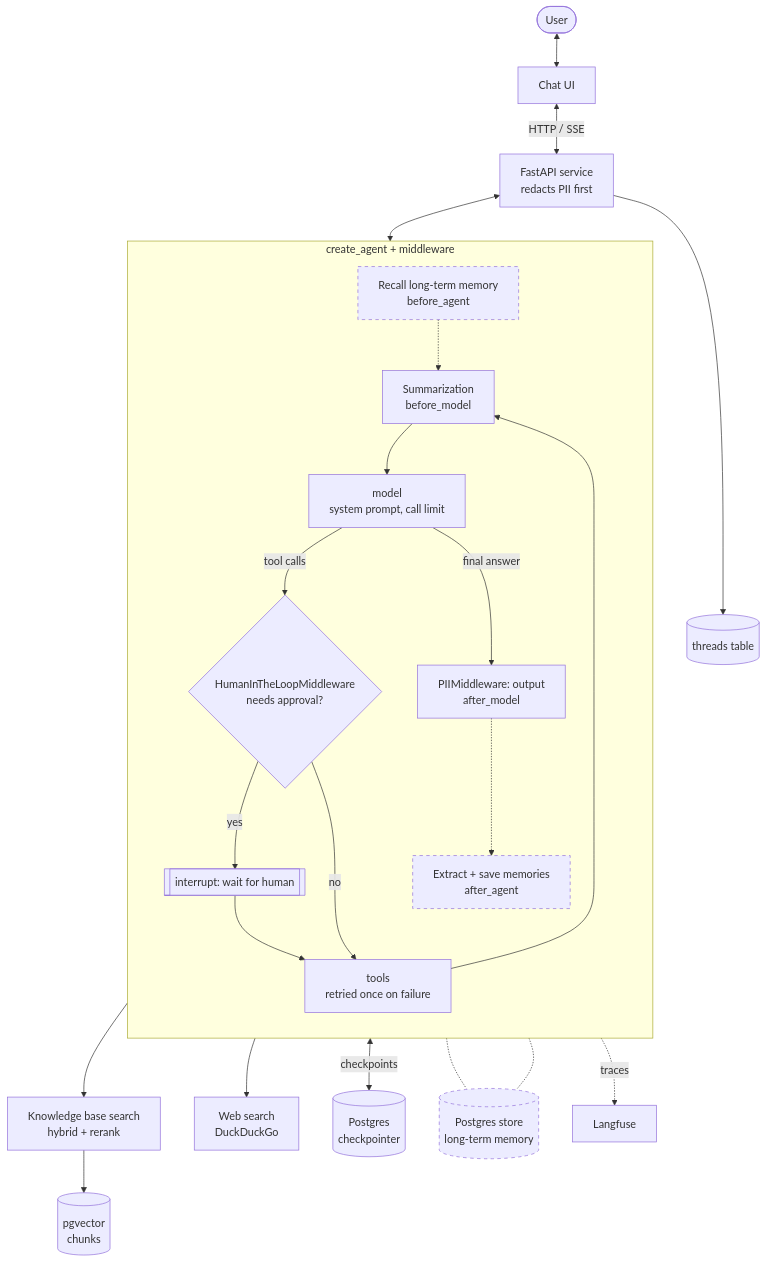
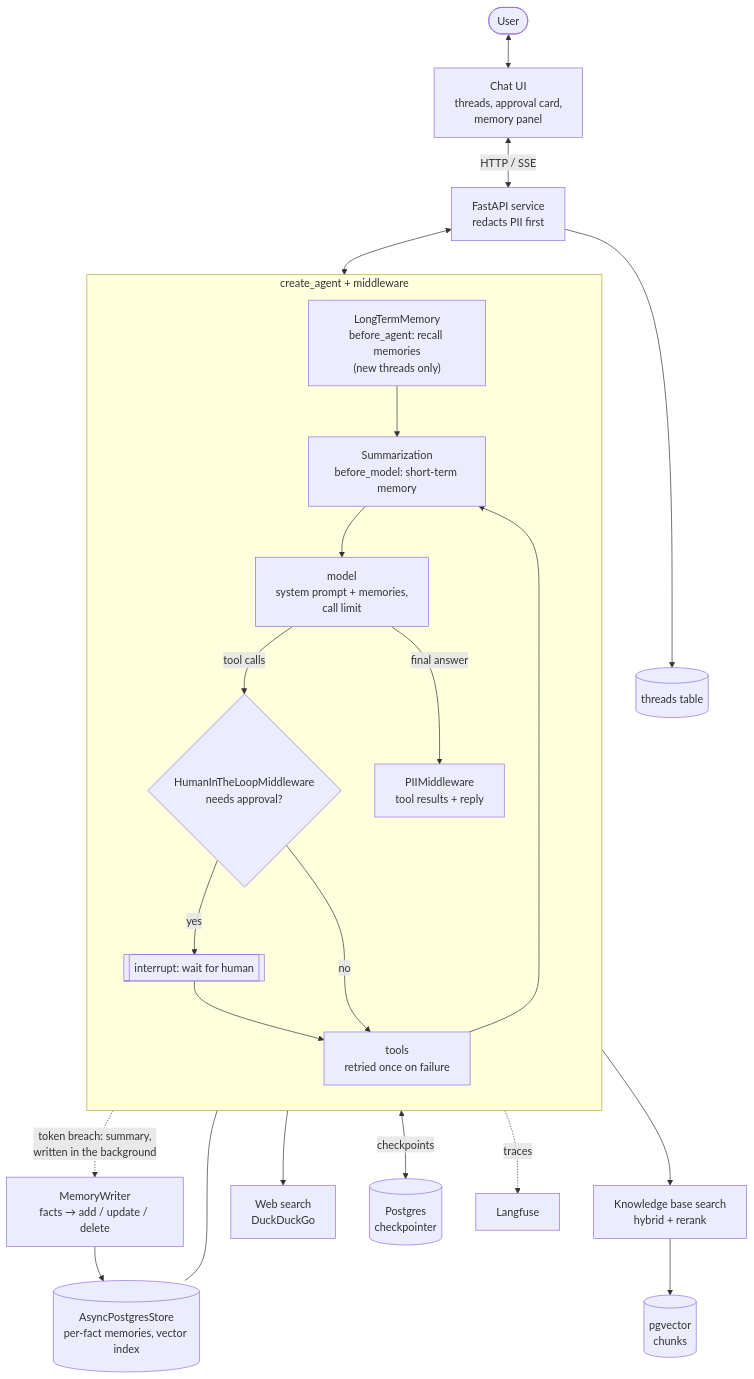
One commit to Anirudh1905/agentic-ai-chatbot changed the second of 2 diagrams in docs/README.md. Above: the diagram before and after it, drawn with Mermaid. The commit also changed other lines of this file and 24 other files, not shown here.

````diff
--- a/docs/README.md
+++ b/docs/README.md
@@ -44,32 +44,29 @@
 ```mermaid
 flowchart TB
-    User([User]) <--> UI[Chat UI]
+    User([User]) <--> UI[Chat UI<br/>threads, approval card,<br/>memory panel]
     UI <-->|HTTP / SSE| API[FastAPI service<br/>redacts PII first]
 
     subgraph Agent["create_agent + middleware"]
         direction TB
-        LoadMem[Recall long-term memory<br/>before_agent] -.-> Sum[Summarization<br/>before_model]
-        Sum --> LLM[model<br/>system prompt, call limit]
+        LoadMem["LongTermMemory<br/>before_agent: recall memories<br/>(new threads only)"] --> Sum["Summarization<br/>before_model: short-term memory"]
+        Sum --> LLM["model<br/>system prompt + memories,<br/>call limit"]
         LLM -->|tool calls| HITL{HumanInTheLoopMiddleware<br/>needs approval?}
         HITL -->|yes| Interrupt[[interrupt: wait for human]]
         Interrupt --> Tools
         HITL -->|no| Tools[tools<br/>retried once on failure]
         Tools --> Sum
-        LLM -->|final answer| PIIout[PIIMiddleware: output<br/>after_model]
-        PIIout -.-> SaveMem[Extract + save memories<br/>after_agent]
+        LLM -->|final answer| PIIout[PIIMiddleware<br/>tool results + reply]
     end
 
     API <--> Agent
+    Sum -. "token breach: summary,<br/>written in the background" .-> Writer[MemoryWriter<br/>facts → add / update / delete]
 
     Tools --> RAG[Knowledge base search<br/>hybrid + rerank]
     Tools --> Web[Web search<br/>DuckDuckGo]
     RAG --> VDB[(pgvector<br/>chunks)]
     Agent <-->|checkpoints| CP[(Postgres<br/>checkpointer)]
-    LoadMem -.- LTM[(Postgres store<br/>long-term memory)]
-    SaveMem -.- LTM
+    LoadMem --- LTM[(AsyncPostgresStore<br/>per-fact memories, vector index)]
+    Writer --> LTM
     Agent -.traces.-> Obs[Langfuse]
     API --> Threads[(threads table)]
-
-    classDef planned stroke-dasharray: 5 5
-    class LoadMem,SaveMem,LTM planned
 ```
````
